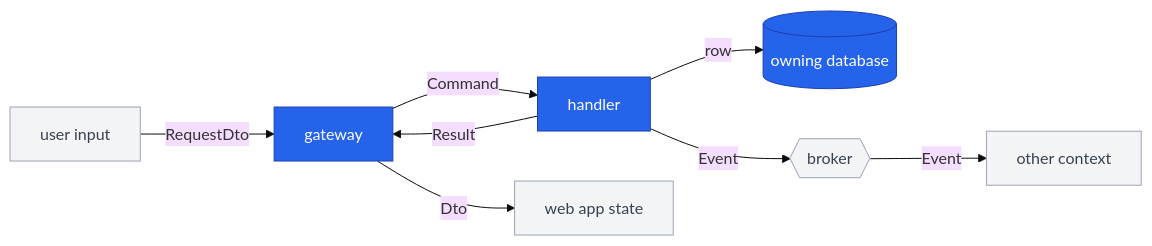
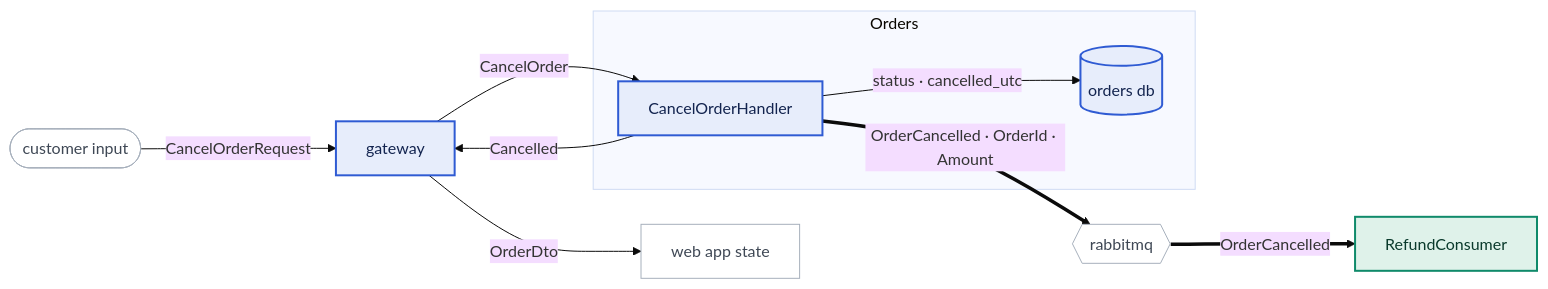
Before and after one commit to m0x6A/claude-skills: the fourth of 6 diagrams in plugins/feature-workflow/skills/feature-design/templates/design.md, drawn with Mermaid (base theme). The commit also changed other lines of this file and 4 other files, not shown here.

First line of the commit message:
Give the design diagrams one visual language and a proper render page

````diff
--- a/plugins/feature-workflow/skills/feature-design/templates/design.md
+++ b/plugins/feature-workflow/skills/feature-design/templates/design.md
@@ -134,11 +168,18 @@
 ```mermaid
 flowchart LR
-    classDef affected fill:#2563eb,stroke:#1e40af,color:#fff
-    classDef quiet fill:#f3f4f6,stroke:#9ca3af,color:#374151
-    User[user input]:::quiet -- RequestDto --> G[gateway]:::affected
-    G -- Command --> H[handler]:::affected
-    H -- row --> Db[(owning database)]:::affected
-    H -- Event --> Bus{{broker}}:::quiet
-    Bus -- Event --> Other[other context]:::quiet
-    H -- Result --> G -- Dto --> UI[web app state]:::quiet
+    classDef affected fill:#E7EDFB,stroke:#2F5BD3,stroke-width:2px,color:#13244F
+    classDef new fill:#DFF2EA,stroke:#0F8A6A,stroke-width:2px,color:#0A3A2C
+    classDef quiet fill:#FFFFFF,stroke:#A7B0BC,stroke-width:1px,color:#3F4855
+    classDef ext fill:#F2F4F7,stroke:#A7B0BC,stroke-width:1px,stroke-dasharray:4 3,color:#3F4855
+    classDef ok fill:#FFFFFF,stroke:#1B2330,stroke-width:1.5px,color:#1B2330
+    classDef err fill:#FBE8EC,stroke:#C2334D,stroke-width:1.5px,color:#5A1424
+
+    User([customer input]):::quiet -- CancelOrderRequest --> Gw[gateway]:::affected
+    subgraph orders [Orders]
+        Api[CancelOrderHandler]:::affected -- status · cancelled_utc --> OrdersDb[(orders db)]:::affected
+    end
+    Gw -- CancelOrder --> Api
+    Api == OrderCancelled · OrderId · Amount ==> Bus{{rabbitmq}}:::quiet
+    Bus == OrderCancelled ==> Refunds[RefundConsumer]:::new
+    Api -- Cancelled --> Gw -- OrderDto --> Ui[web app state]:::quiet
 ```
````
